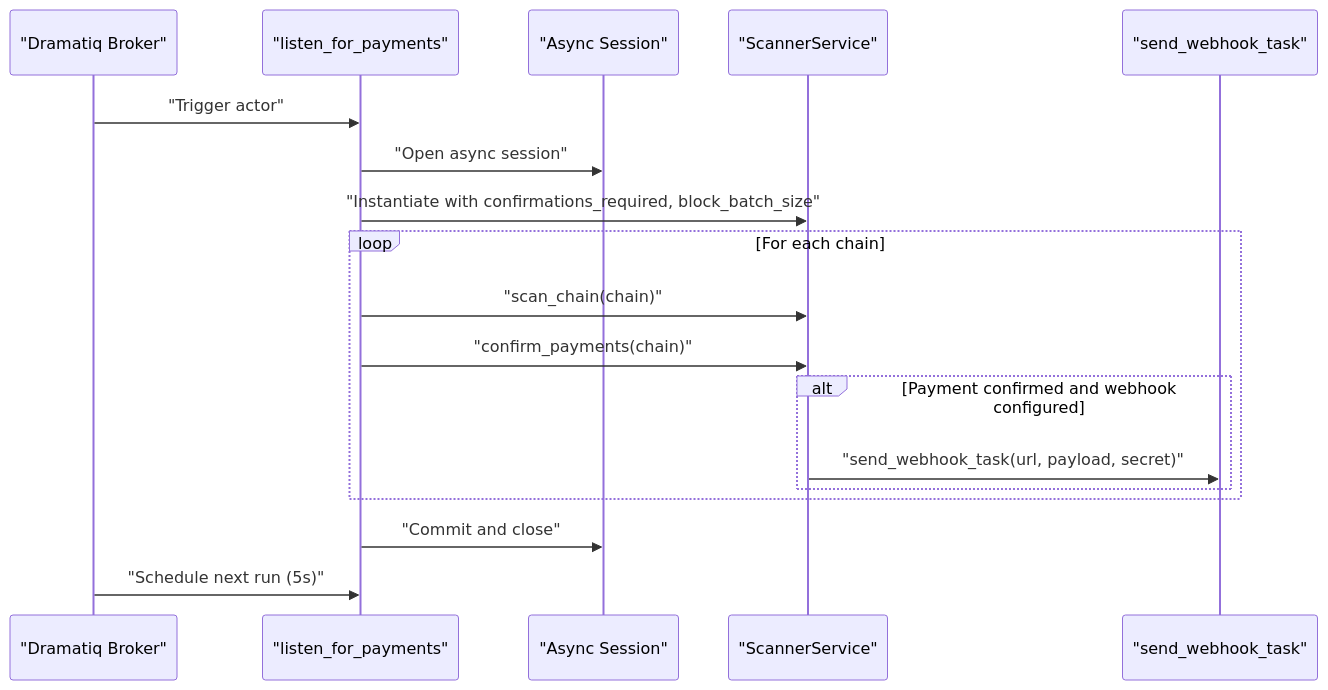
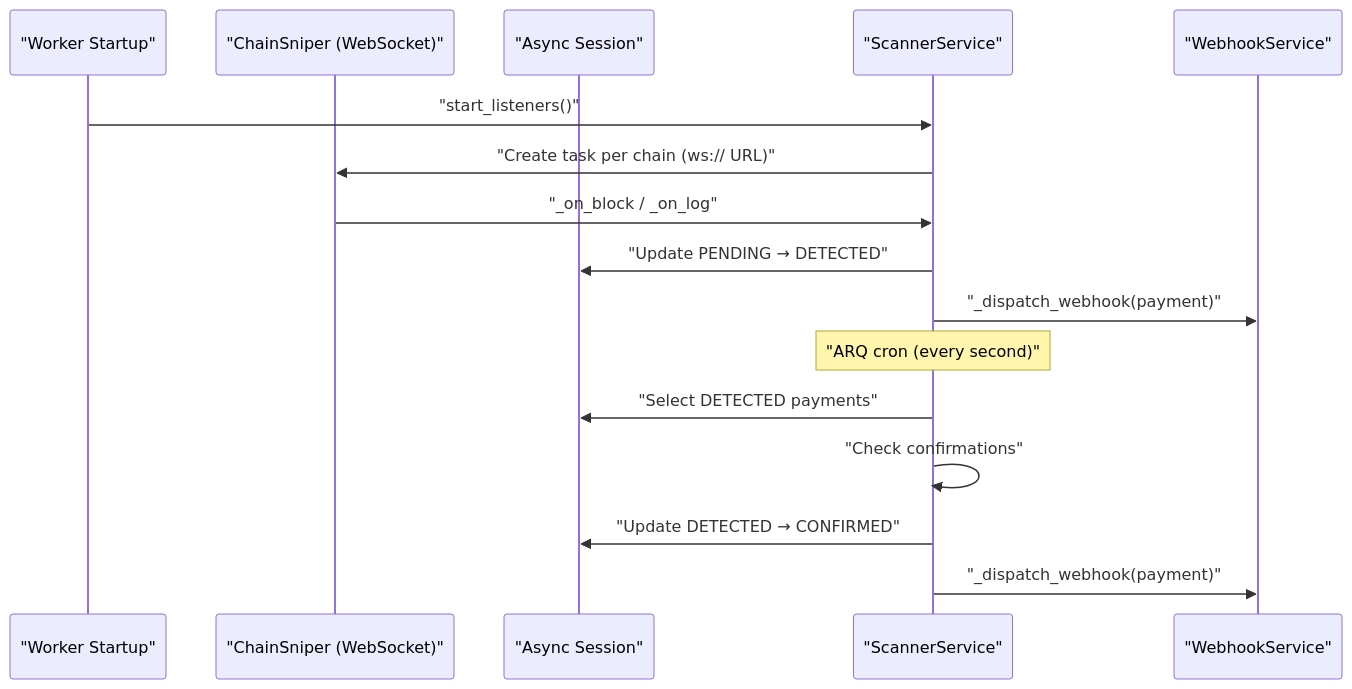
The sixth of 7 diagrams in docs/core-services/blockchain-scanner-service.md (rakibhossain72/ctrip-docs), drawn with Mermaid before and after one commit. The commit also changed other lines of this file and 25 other files, not shown here.

First line of the commit message:
docs: Update documentation to reflect ARQ task migration from Dramatiq

````diff
--- a/docs/core-services/blockchain-scanner-service.md
+++ b/docs/core-services/blockchain-scanner-service.md
@@ -349,20 +361,18 @@
 ```mermaid
 sequenceDiagram
-participant Scheduler as "Dramatiq Broker"
-participant Listener as "listen_for_payments"
+participant Startup as "Worker Startup"
+participant Sniper as "ChainSniper (WebSocket)"
 participant DB as "Async Session"
 participant Scanner as "ScannerService"
-participant Webhook as "send_webhook_task"
-Scheduler->>Listener : "Trigger actor"
-Listener->>DB : "Open async session"
-Listener->>Scanner : "Instantiate with confirmations_required, block_batch_size"
-loop For each chain
-Listener->>Scanner : "scan_chain(chain)"
-Listener->>Scanner : "confirm_payments(chain)"
-alt Payment confirmed and webhook configured
-Scanner->>Webhook : "send_webhook_task(url, payload, secret)"
-end
-end
-Listener->>DB : "Commit and close"
-Scheduler->>Listener : "Schedule next run (5s)"
+participant Webhook as "WebhookService"
+Startup->>Scanner : "start_listeners()"
+Scanner->>Sniper : "Create task per chain (ws:// URL)"
+Sniper->>Scanner : "_on_block / _on_log"
+Scanner->>DB : "Update PENDING → DETECTED"
+Scanner->>Webhook : "_dispatch_webhook(payment)"
+Note over Scanner : "ARQ cron (every second)"
+Scanner->>DB : "Select DETECTED payments"
+Scanner->>Scanner : "Check confirmations"
+Scanner->>DB : "Update DETECTED → CONFIRMED"
+Scanner->>Webhook : "_dispatch_webhook(payment)"
 ```
````
